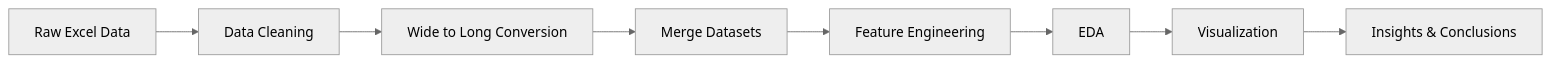
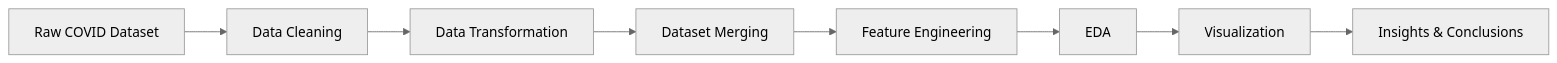
The diagram in README.md (mukherjeesourav687/COVID19-Global-Data-Analysis), drawn with Mermaid (neutral theme) before and after one commit. The commit also changed other lines of this file, not shown here.

````diff
--- a/README.md
+++ b/README.md
@@ -205,18 +225,18 @@
 ```mermaid
 flowchart LR
 
-A[Raw Excel Data]
+A[Raw COVID Dataset]
 --> B[Data Cleaning]
 
-B --> C[Wide to Long Conversion]
+B --> C[Data Transformation]
 
-C --> D[Merge Datasets]
+C --> D[Dataset Merging]
 
 D --> E[Feature Engineering]
 
 E --> F[EDA]
 
 F --> G[Visualization]
 
 G --> H[Insights & Conclusions]
 ```
````
